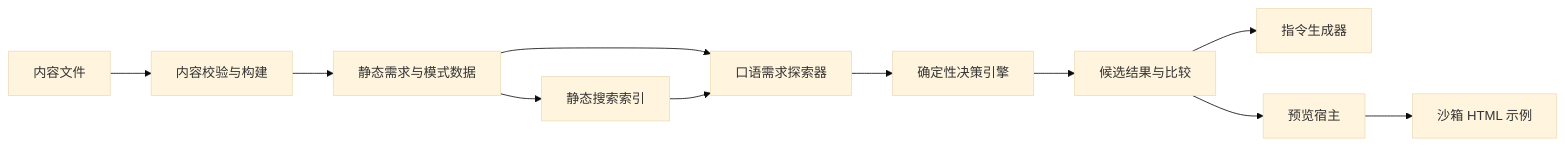
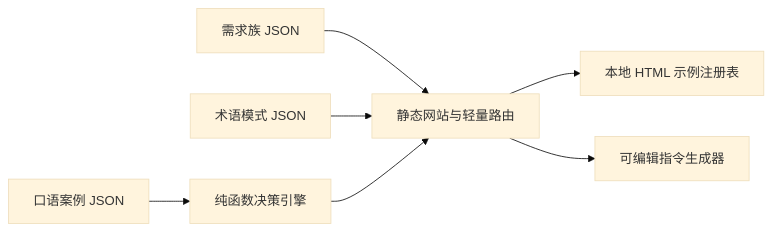
One commit to jinhefeng/ui-words-for-ai changed the diagram in .engineering/architecture-baseline.md. Above: the diagram before and after it, drawn with Mermaid (base theme). The commit also changed other lines of this file and 15 other files, not shown here.

````diff
--- a/.engineering/architecture-baseline.md
+++ b/.engineering/architecture-baseline.md
@@ -29,13 +29,9 @@
 ```mermaid
 flowchart LR
-  Author[内容文件] --> Validator[内容校验与构建]
-  Validator --> PhraseData[静态需求与模式数据]
-  PhraseData --> Explorer[口语需求探索器]
-  Explorer --> Engine[确定性决策引擎]
-  Engine --> Compare[候选结果与比较]
-  Compare --> Prompt[指令生成器]
-  Compare --> Preview[预览宿主]
-  Preview --> Frame[沙箱 HTML 示例]
-  PhraseData --> Search[静态搜索索引]
-  Search --> Explorer
+  Families[需求族 JSON] --> Site[静态网站与轻量路由]
+  Cases[口语案例 JSON] --> Engine[纯函数决策引擎]
+  Patterns[术语模式 JSON] --> Site
+  Engine --> Site
+  Site --> Demo[本地 HTML 示例注册表]
+  Site --> Prompt[可编辑指令生成器]
 ```
````
